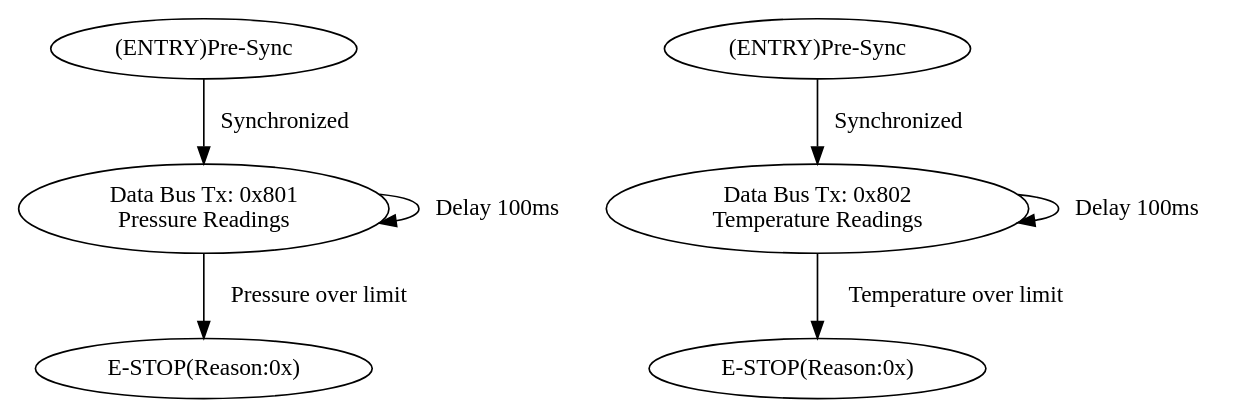
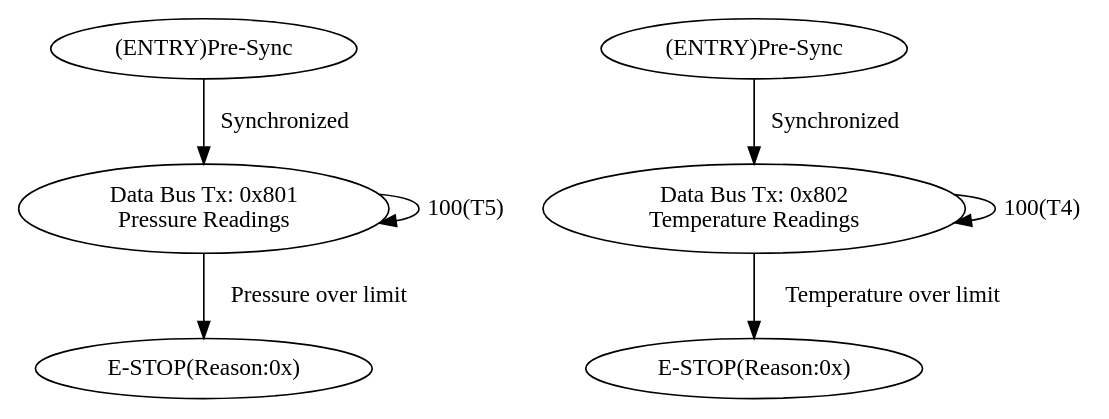
Before and after one commit to umdloop/state-machines: the diagram in Pipe-jacking/pressureTempSensor.dot, drawn with Graphviz. The commit also changed 3 other files, not shown here.

```diff
--- a/Pipe-jacking/pressureTempSensor.dot
+++ b/Pipe-jacking/pressureTempSensor.dot
@@ -1,17 +1,17 @@
 digraph {
     S00 [label="(ENTRY)Pre-Sync"];
     S01 [label="Data Bus Tx: 0x801\nPressure Readings"];
     S02 [label="E-STOP(Reason:0x)"];
 
     S00 -> S01 [label="Synchronized"];
-    S01 -> S01 [label="Delay 100ms"];
+    S01 -> S01 [label="100(T5)"];
     S01 -> S02 [label="Pressure over limit"];
 
     S03 [label="(ENTRY)Pre-Sync"];
     S04 [label="Data Bus Tx: 0x802\nTemperature Readings"];
     S05 [label="E-STOP(Reason:0x)"];
 
     S03 -> S04 [label="Synchronized"];
-    S04 -> S04 [label="Delay 100ms"];
+    S04 -> S04 [label="100(T4)"];
     S04 -> S05 [label="Temperature over limit"];
 }
```
